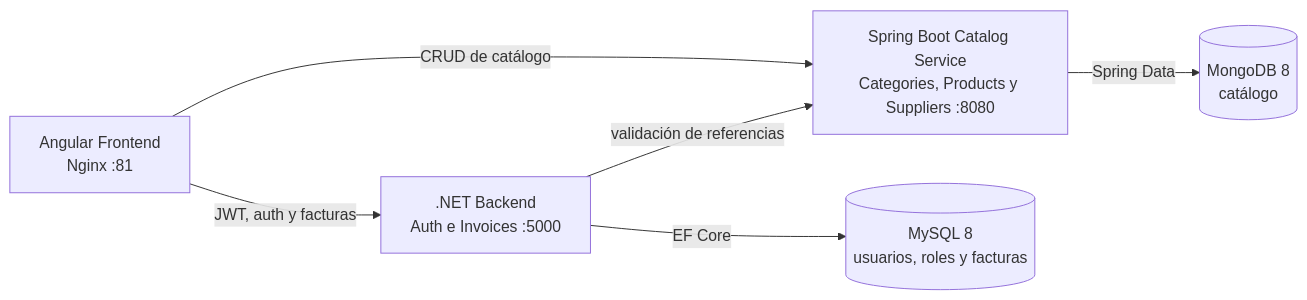
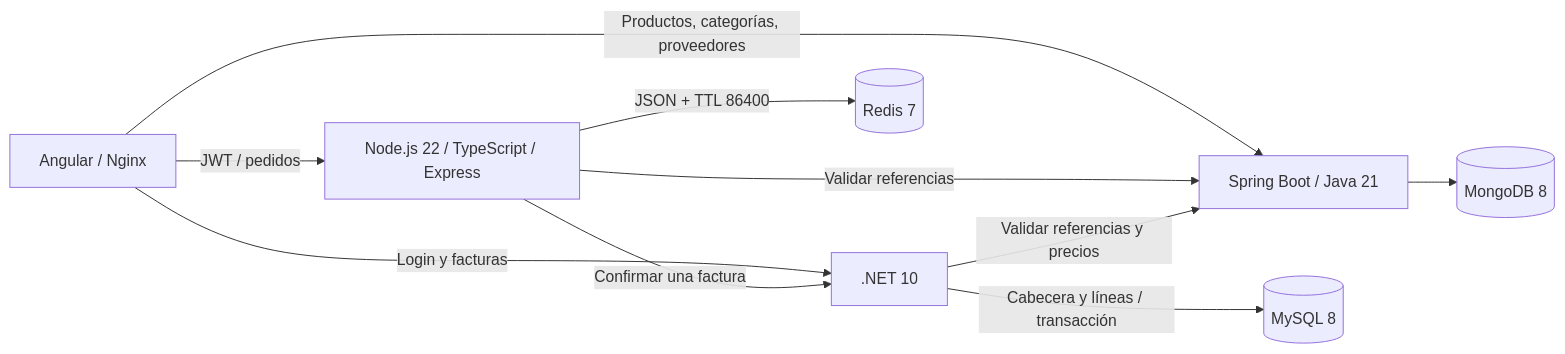
Before and after one commit to melgust/desaweb2026a: the diagram in practice3/cherrerap5/README.md, drawn with Mermaid. The commit also changed other lines of this file and 77 other files, not shown here.

````diff
--- a/practice3/cherrerap5/README.md
+++ b/practice3/cherrerap5/README.md
@@ -7,14 +9,12 @@
 ```mermaid
 flowchart LR
-    Browser[Angular Frontend<br/>Nginx :81]
-    DotNet[.NET Backend<br/>Auth e Invoices :5000]
-    Catalog[Spring Boot Catalog Service<br/>Categories, Products y Suppliers :8080]
-    MySQL[(MySQL 8<br/>usuarios, roles y facturas)]
-    Mongo[(MongoDB 8<br/>catálogo)]
-
-    Browser -->|JWT, auth y facturas| DotNet
-    Browser -->|CRUD de catálogo| Catalog
-    DotNet -->|EF Core| MySQL
-    DotNet -->|validación de referencias| Catalog
-    Catalog -->|Spring Data| Mongo
+  A[Angular / Nginx] -->|Login y facturas| B[.NET 10]
+  A -->|Productos, categorías, proveedores| C[Spring Boot / Java 21]
+  A -->|JWT / pedidos| O[Node.js 22 / TypeScript / Express]
+  O -->|JSON + TTL 86400| R[(Redis 7)]
+  O -->|Validar referencias| C
+  O -->|Confirmar una factura| B
+  B -->|Cabecera y líneas / transacción| M[(MySQL 8)]
+  B -->|Validar referencias y precios| C
+  C --> D[(MongoDB 8)]
 ```
````
